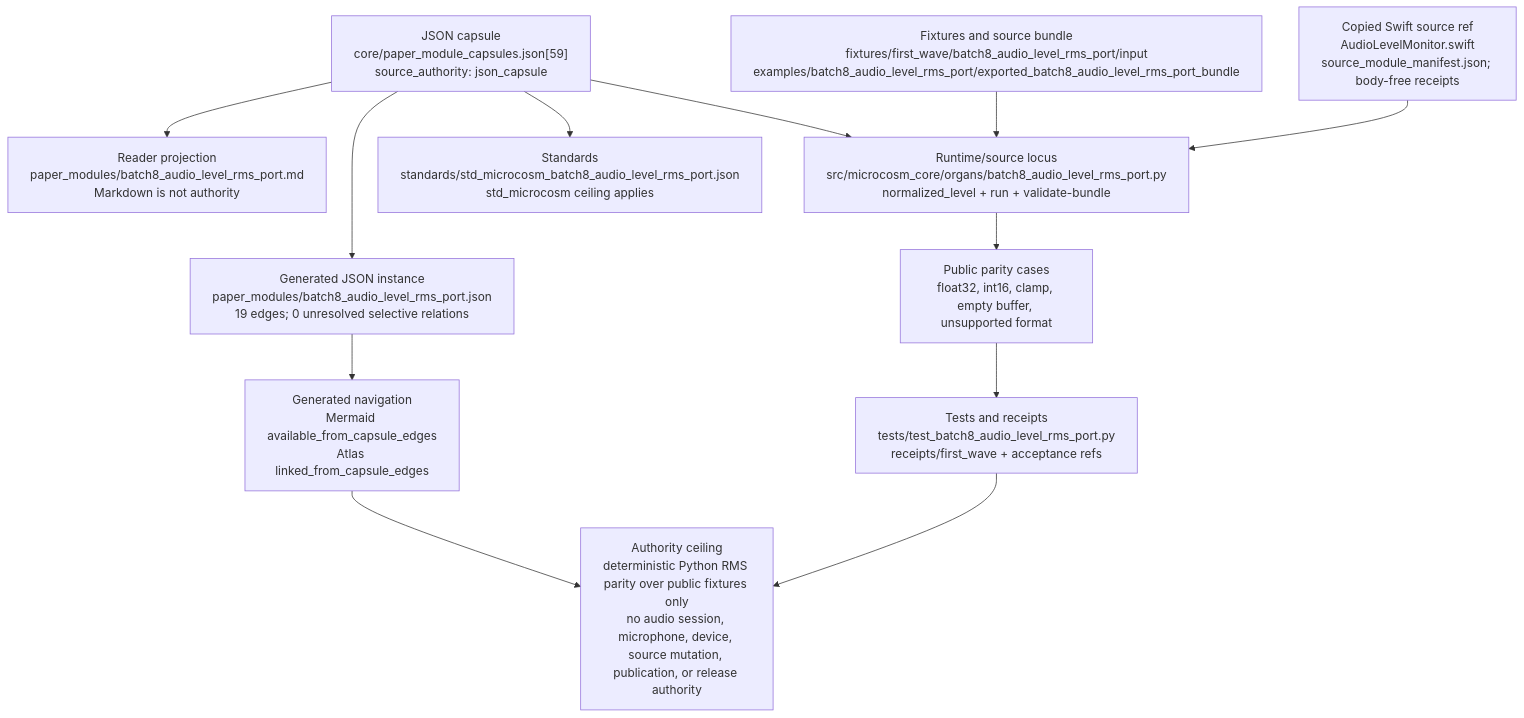
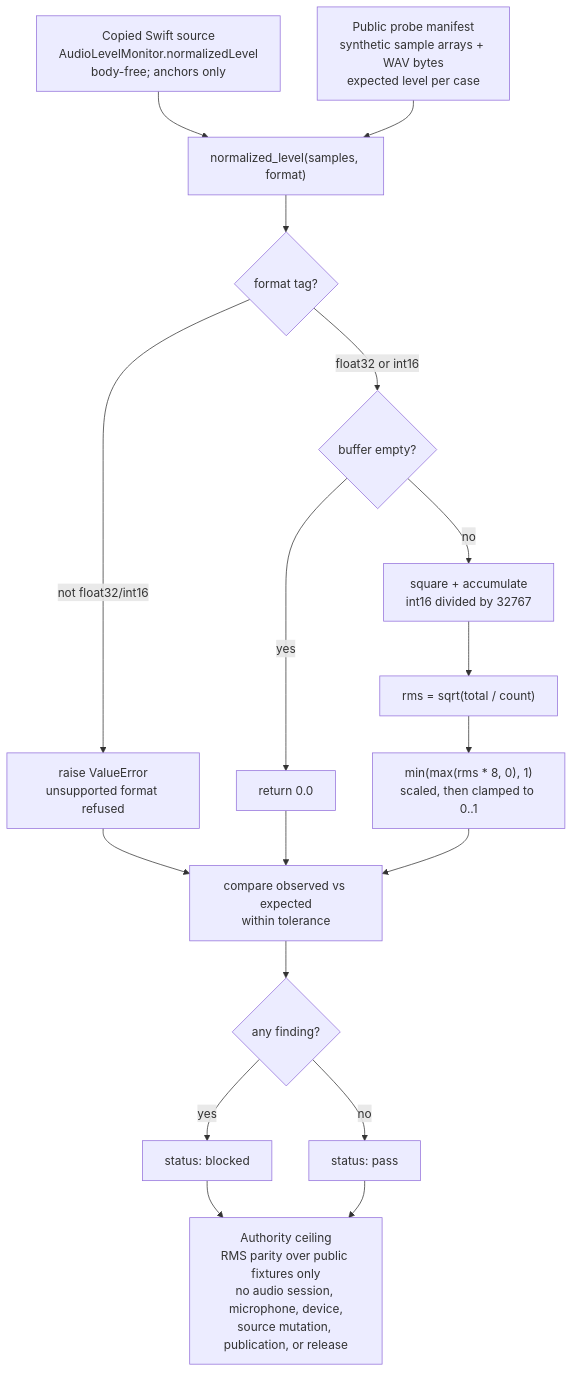
Before and after one commit to wcook04/plectis: the diagram in paper_modules/batch8_audio_level_rms_port.md, drawn with Mermaid. The commit also changed other lines of this file and 90 other files, not shown here.

First line of the commit message:
microcosm: enrich public paper-module prose and Shape diagrams (91 modules)

````diff
--- a/paper_modules/batch8_audio_level_rms_port.md
+++ b/paper_modules/batch8_audio_level_rms_port.md
@@ -50,26 +101,36 @@
 ```mermaid
 flowchart TD
-  capsule["JSON capsule<br/>core/paper_module_capsules.json[59]<br/>source_authority: json_capsule"]
-  reader["Reader projection<br/>paper_modules/batch8_audio_level_rms_port.md<br/>Markdown is not authority"]
-  instance["Generated JSON instance<br/>paper_modules/batch8_audio_level_rms_port.json<br/>19 edges; 0 unresolved selective relations"]
-  standard["Standards<br/>standards/std_microcosm_batch8_audio_level_rms_port.json<br/>std_microcosm ceiling applies"]
-  runtime["Runtime/source locus<br/>src/microcosm_core/organs/batch8_audio_level_rms_port.py<br/>normalized_level + run + validate-bundle"]
-  bundle["Fixtures and source bundle<br/>fixtures/first_wave/batch8_audio_level_rms_port/input<br/>examples/batch8_audio_level_rms_port/exported_batch8_audio_level_rms_port_bundle"]
-  swift["Copied Swift source ref<br/>AudioLevelMonitor.swift<br/>source_module_manifest.json; body-free receipts"]
-  cases["Public parity cases<br/>float32, int16, clamp, empty buffer, unsupported format"]
-  receipts["Tests and receipts<br/>tests/test_batch8_audio_level_rms_port.py<br/>receipts/first_wave + acceptance refs"]
-  projections["Generated navigation<br/>Mermaid available_from_capsule_edges<br/>Atlas linked_from_capsule_edges"]
-  ceiling["Authority ceiling<br/>deterministic Python RMS parity over public fixtures only<br/>no audio session, microphone, device, source mutation, publication, or release authority"]
+  swift["Copied Swift source<br/>AudioLevelMonitor.normalizedLevel<br/>body-free; anchors only"]
+  manifest["Public probe manifest<br/>synthetic sample arrays + WAV bytes<br/>expected level per case"]
+  samples["normalized_level(samples, format)"]
+  fmt{"format tag?"}
+  refuse["raise ValueError<br/>unsupported format refused"]
+  empty{"buffer empty?"}
+  zero["return 0.0"]
+  scale["square + accumulate<br/>int16 divided by 32767"]
+  rms["rms = sqrt(total / count)"]
+  clamp["min(max(rms * 8, 0), 1)<br/>scaled, then clamped to 0..1"]
+  compare["compare observed vs expected<br/>within tolerance"]
+  verdict{"any finding?"}
+  blocked["status: blocked"]
+  passed["status: pass"]
+  ceiling["Authority ceiling<br/>RMS parity over public fixtures only<br/>no audio session, microphone, device,<br/>source mutation, publication, or release"]
 
-  capsule --> reader
-  capsule --> instance
-  capsule --> standard
-  capsule --> runtime
-  bundle --> runtime
-  swift --> runtime
-  runtime --> cases
-  cases --> receipts
-  instance --> projections
-  receipts --> ceiling
-  projections --> ceiling
+  swift --> samples
+  manifest --> samples
+  samples --> fmt
+  fmt -->|"not float32/int16"| refuse
+  fmt -->|"float32 or int16"| empty
+  empty -->|"yes"| zero
+  empty -->|"no"| scale
+  scale --> rms
+  rms --> clamp
+  clamp --> compare
+  refuse --> compare
+  zero --> compare
+  compare --> verdict
+  verdict -->|"yes"| blocked
+  verdict -->|"no"| passed
+  blocked --> ceiling
+  passed --> ceiling
 ```
````
